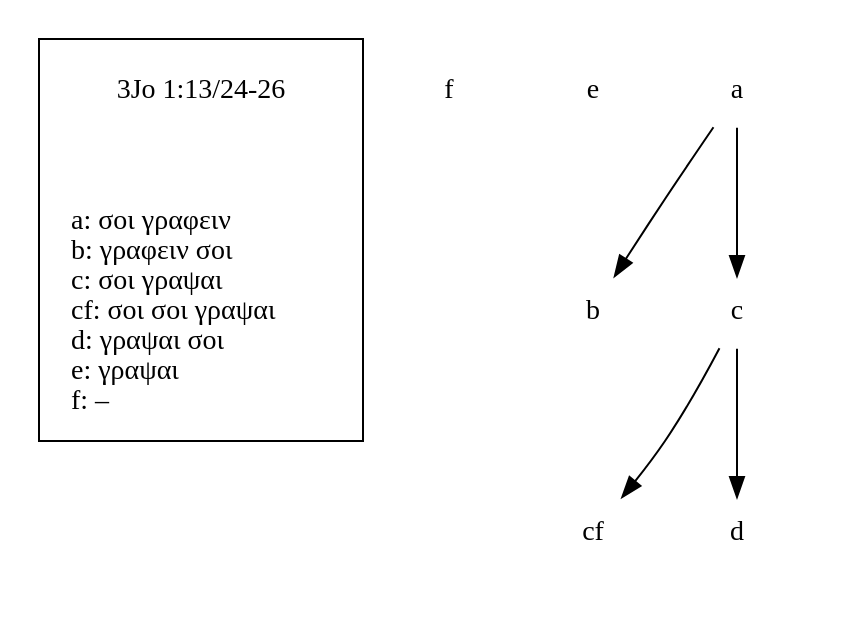
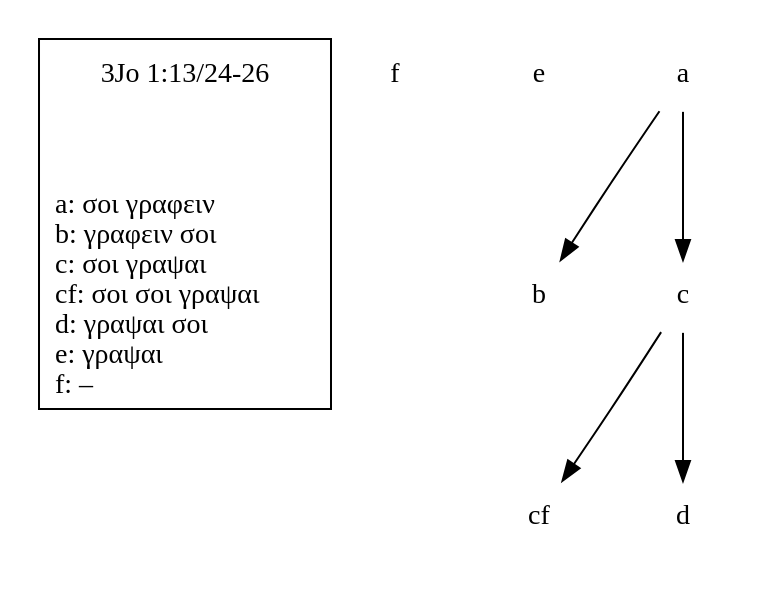
One commit to jjmccollum/greek-paul-cbgm-talk changed the diagram in tex/img/B25K1V13U24-26-local-stemma-incomplete.dot. Above: the diagram before and after it, drawn with Graphviz. The commit also changed 8 other files, not shown here.

```diff
--- a/tex/img/B25K1V13U24-26-local-stemma-incomplete.dot
+++ b/tex/img/B25K1V13U24-26-local-stemma-incomplete.dot
@@ -1,22 +1,23 @@
 digraph local_stemma {
+	margin=0;
 	subgraph cluster_legend {
 		passage [shape=plaintext, label="3Jo 1:13/24-26"]
 		readings [shape=plaintext, label="a: σοι γραφειν\lb: γραφειν σοι\lc: σοι γραψαι\lcf: σοι σοι γραψαι\ld: γραψαι σοι\le: γραψαι\lf: –\l"];
 		passage -> readings[style=invis];
 	}
 	subgraph cluster_plot {
 		style=invis;
 		node [shape=plaintext];
 		0 [label="a"];
 		1 [label="b"];
 		2 [label="c"];
 		3 [label="cf"];
 		4 [label="d"];
 		5 [label="e"];
 		6 [label="f"];
 		0 -> 1[style=solid];
 		0 -> 2[style=solid];
 		2 -> 3[style=solid];
 		2 -> 4[style=solid];
 	}
 }
```
